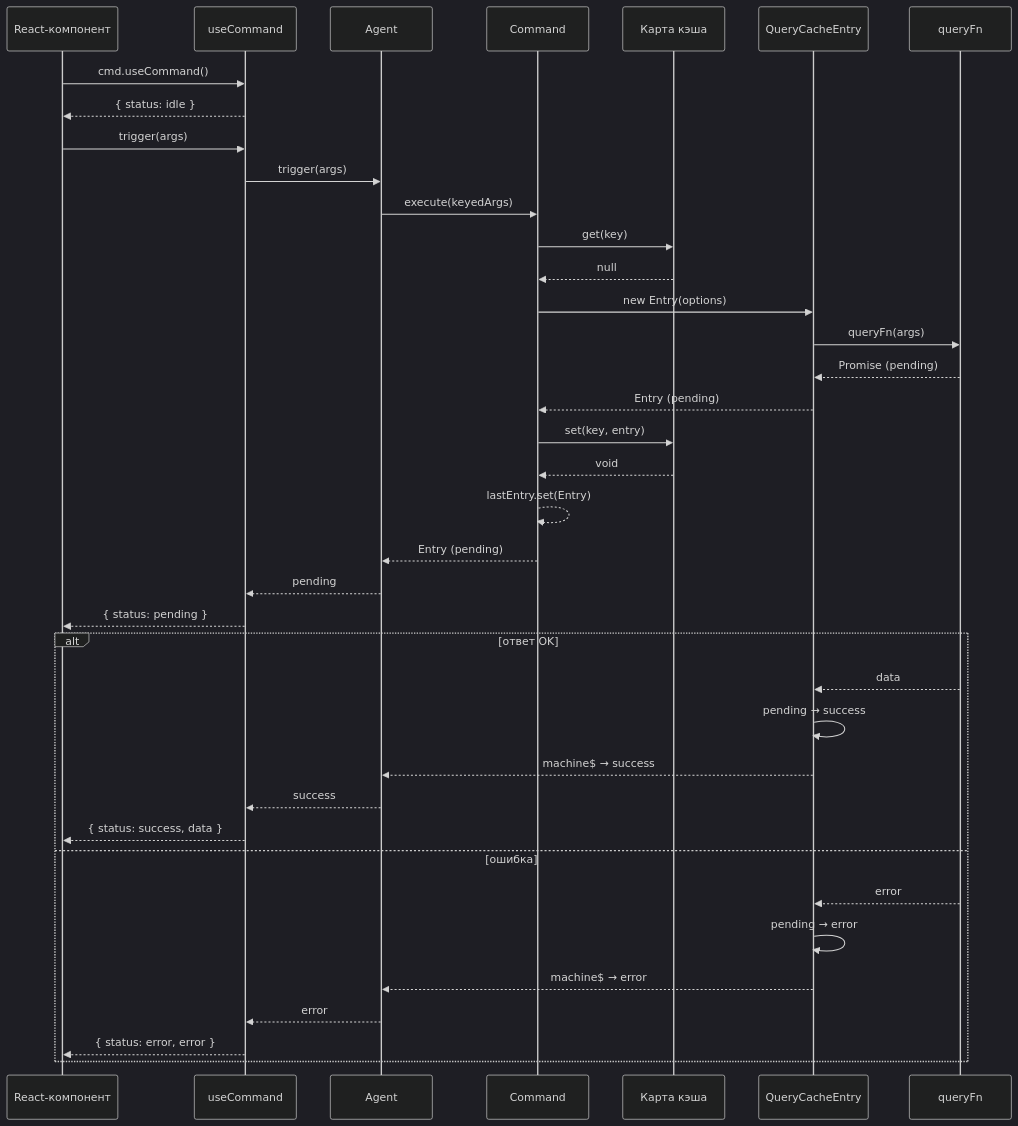
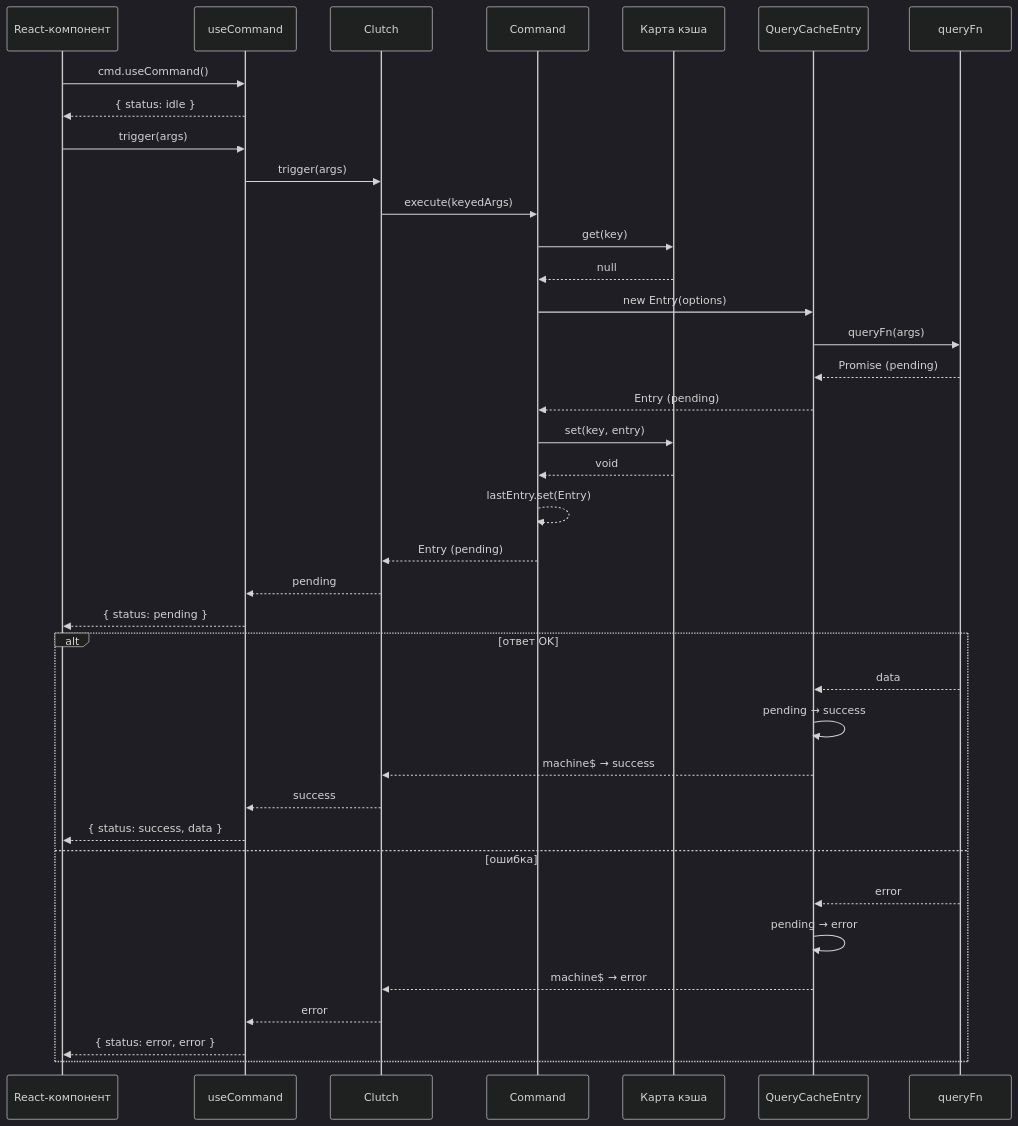
Before and after one commit to fozy-labs/rx-toolkit: the seventh of 10 diagrams in docs/query/concepts/dataflows.md, drawn with Mermaid (dark theme). The commit also changed other lines of this file and 105 other files, not shown here.

````diff
--- a/docs/query/concepts/dataflows.md
+++ b/docs/query/concepts/dataflows.md
@@ -257,44 +257,44 @@
 ```mermaid
 sequenceDiagram
     participant UI as React-компонент
     participant Hook as useCommand
-    participant Agent as Agent
+    participant Clutch as Clutch
     participant Cmd as Command
     participant Cache as Карта кэша
     participant Entry as QueryCacheEntry
     participant Query as queryFn
 
     UI->>Hook: cmd.useCommand()
     
     Hook-->>UI: { status: idle }
 
     UI->>Hook: trigger(args)
-    Hook->>Agent: trigger(args)
-    Agent->>Cmd: execute(keyedArgs)
+    Hook->>Clutch: trigger(args)
+    Clutch->>Cmd: execute(keyedArgs)
     Cmd->>Cache: get(key)
     Cache-->>Cmd: null
     Cmd->>Entry: new Entry(options)
     Entry->>Query: queryFn(args)
     Query-->>Entry: Promise (pending)
     Entry-->>Cmd: Entry (pending)
     Cmd->>Cache: set(key, entry)
     Cache-->>Cmd: void
     Cmd-->>Cmd: lastEntry.set(Entry)
-    Cmd-->>Agent: Entry (pending)
-    Agent-->>Hook: pending
+    Cmd-->>Clutch: Entry (pending)
+    Clutch-->>Hook: pending
     Hook-->>UI: { status: pending }
 
     alt ответ OK
         Query-->>Entry: data
         Entry->>Entry: pending → success
-        Entry-->>Agent: machine$ → success
-        Agent-->>Hook: success
+        Entry-->>Clutch: machine$ → success
+        Clutch-->>Hook: success
         Hook-->>UI: { status: success, data }
     else ошибка
         Query-->>Entry: error
         Entry->>Entry: pending → error
-        Entry-->>Agent: machine$ → error
-        Agent-->>Hook: error
+        Entry-->>Clutch: machine$ → error
+        Clutch-->>Hook: error
         Hook-->>UI: { status: error, error }
     end
 ```
````
